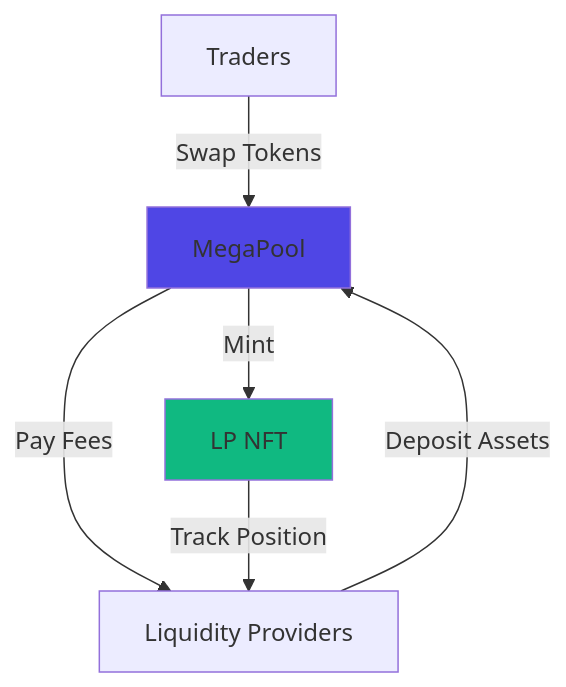
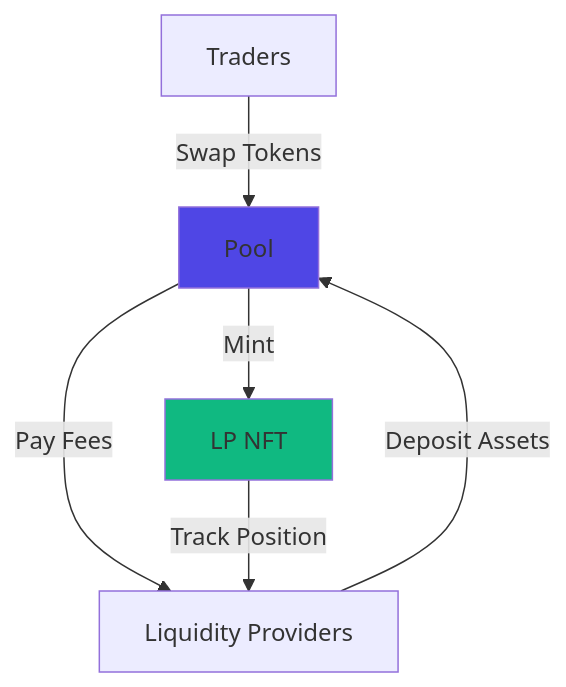
The diagram in landing/docs/dex/overview.md (Mega-Fi/megafi-docs), drawn with Mermaid before and after one commit. The commit also changed other lines of this file and 22 other files, not shown here.

Commit message:
Feat: add hedge references in Aauto-Pools, rename Liquidity Zone to Tick, rename MegaPool to Pool

````diff
--- a/landing/docs/dex/overview.md
+++ b/landing/docs/dex/overview.md
@@ -18,11 +18,11 @@
 ```mermaid
 graph TB
-    A[Traders] -->|Swap Tokens| B[MegaPool]
+    A[Traders] -->|Swap Tokens| B[Pool]
     B -->|Pay Fees| C[Liquidity Providers]
     C -->|Deposit Assets| B
     B -->|Mint| D[LP NFT]
     D -->|Track Position| C
     
     style B fill:#4F46E5
     style D fill:#10B981
 ```
````
